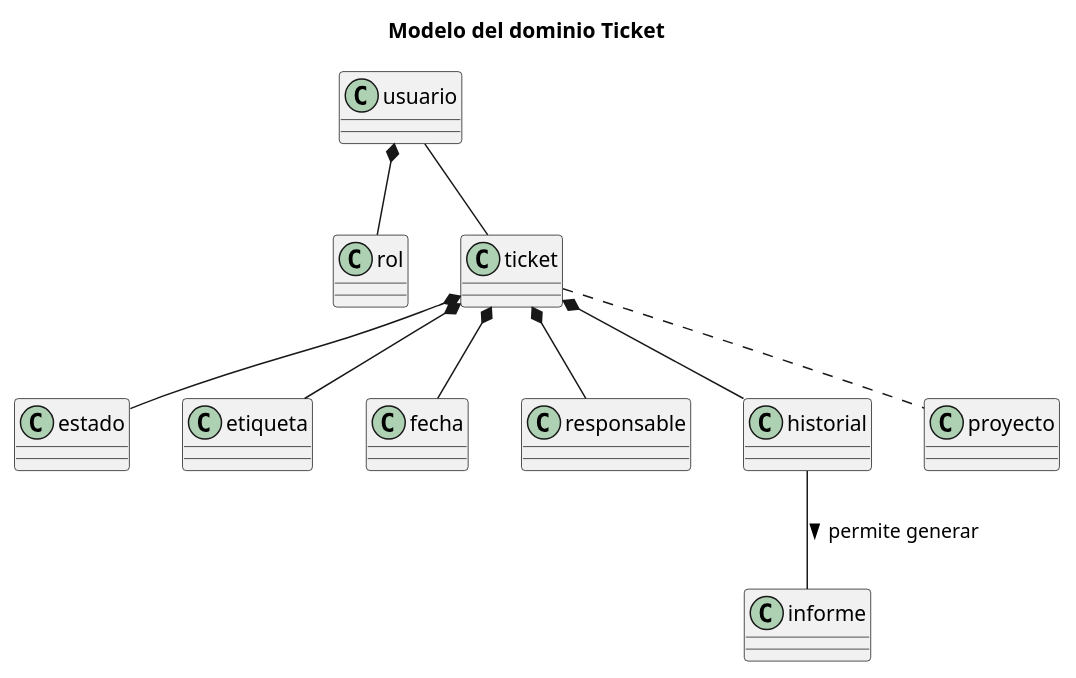
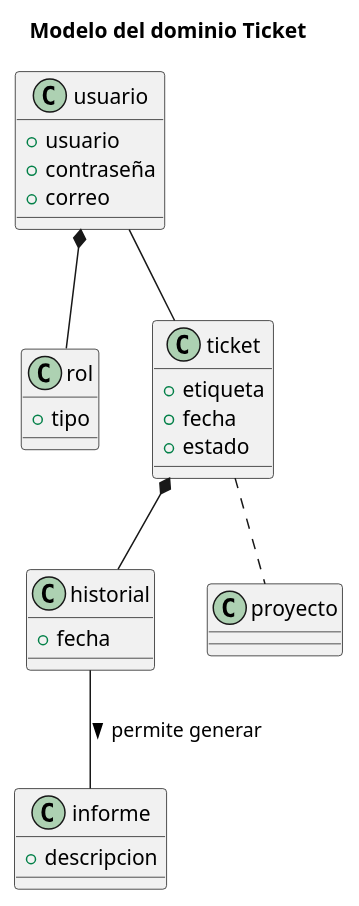
Before and after one commit to mmasias/23-24-IdSw1-SDR: the diagram in modelosUML/DiagramasModeloDominio/ModeloDominioTicket.puml, drawn with PlantUML. The commit also changed 5 other files, not shown here.

```diff
--- a/modelosUML/DiagramasModeloDominio/ModeloDominioTicket.puml
+++ b/modelosUML/DiagramasModeloDominio/ModeloDominioTicket.puml
@@ -1,25 +1,36 @@
 @startuml Modelo del dominio Ticket
 'https://plantuml.com/sequence-diagram
 title Modelo del dominio Ticket
 
-class estado
-class etiqueta
-class fecha
-class responsable
-class rol 
-class informe 
-class historial
-class proyecto 
+class usuario{ 
+    +usuario
+    +contraseña
+    +correo
+    
+   
+}
+class rol{ 
+    +tipo
+ }
 
+ class ticket{
+    +etiqueta
+    +fecha
+    +estado 
+    }
+class historial{ 
+    +fecha
+ }
+ class informe{ 
+    +descripcion
+ }
+class proyecto
+
+usuario *-- rol
 usuario -- ticket
-usuario *-- rol
-ticket *-- etiqueta
 ticket .. proyecto
-ticket *-- estado
-ticket *-- responsable
-ticket *-- fecha
 ticket *-- historial
 
 historial -d- informe : > permite generar
 
 @enduml
```
